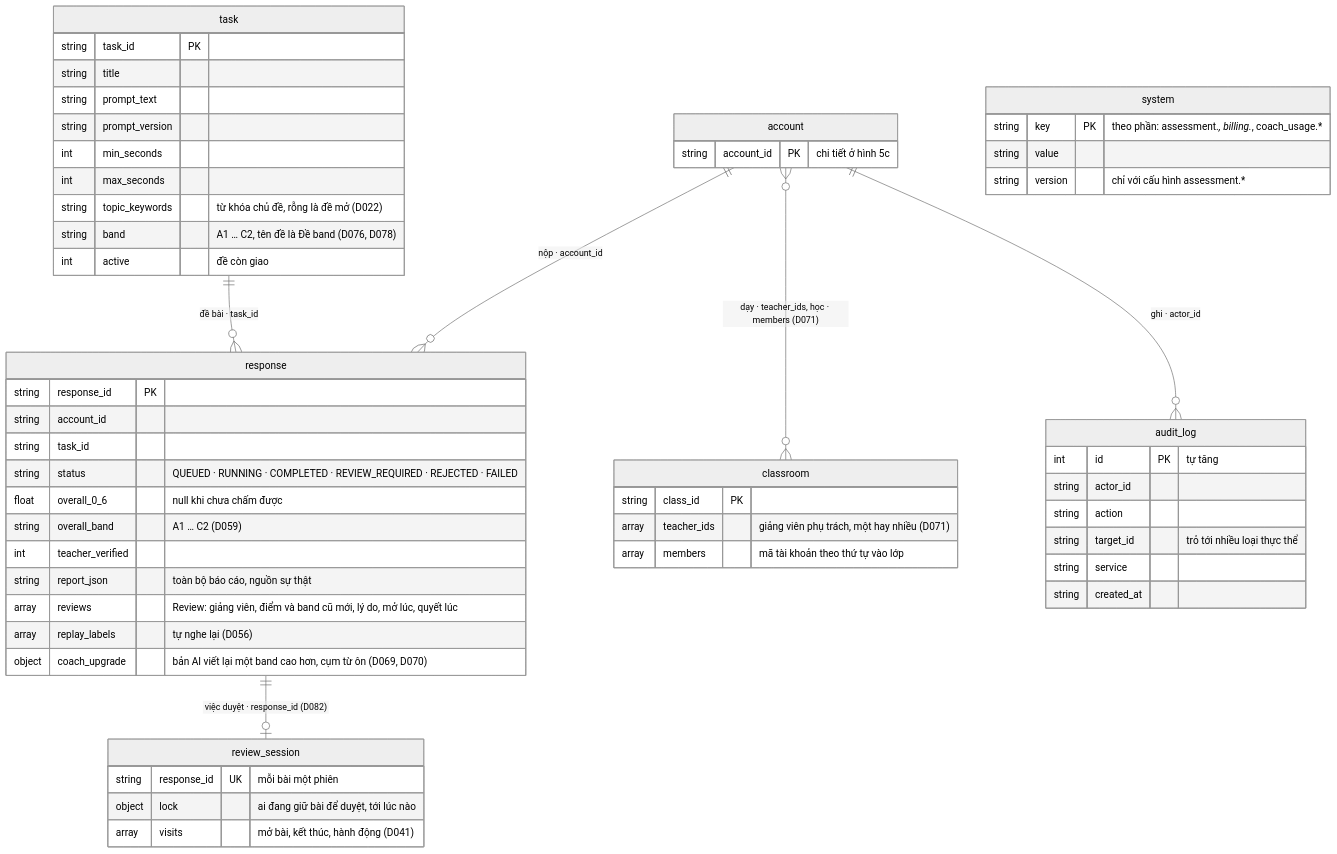
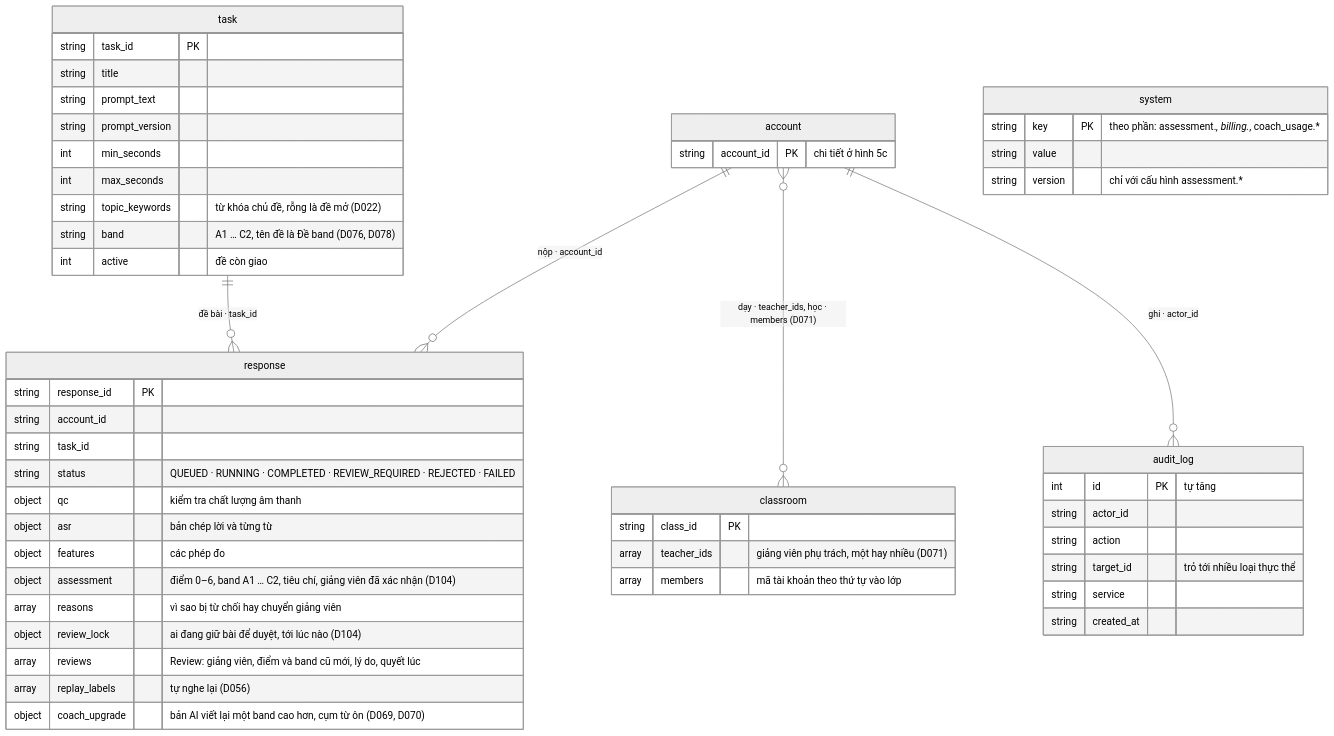
The sixth of 11 diagrams in docs/sdd/SDD.md (ThanhSangLouis/ai-assessor-cefr), drawn with Mermaid (neutral theme) before and after one commit. The commit also changed other lines of this file and 184 other files, not shown here.

````diff
--- a/docs/sdd/SDD.md
+++ b/docs/sdd/SDD.md
@@ -986,70 +986,66 @@
 ```mermaid
 %% SDD - Diagram 05: ERD - phan cham diem va van hanh (MongoDB, database core)
 %% Sau D060 moi aggregate root cua so do lop la mot collection; phan hop thanh
 %% nam trong document cua goc, ghi bang truong kieu mang. Tach ba hinh cho ty le
-%% in A4: hinh 5c ve dinh danh; viec duyet tach thanh review_session (D082).
+%% in A4: hinh 5c ve dinh danh. D104: khoa duyet nam lai trong response, bao cao
+%% la chinh cac truong cua response (khong con chuoi JSON).
 %% Duong lien: tham chieu do ma giu (MongoDB khong ep khoa ngoai).
 erDiagram
     account ||--o{ response : "nộp · account_id"
     task ||--o{ response : "đề bài · task_id"
-    response ||--o| review_session : "việc duyệt · response_id (D082)"
     account }o--o{ classroom : "dạy · teacher_ids, học · members (D071)"
     account ||--o{ audit_log : "ghi · actor_id"
 
     account {
         string account_id PK "chi tiết ở hình 5c"
     }
 
     task {
         string task_id PK
         string title
         string prompt_text
         string prompt_version
         int min_seconds
         int max_seconds
         string topic_keywords "từ khóa chủ đề, rỗng là đề mở (D022)"
         string band "A1 … C2, tên đề là Đề band (D076, D078)"
         int active "đề còn giao"
     }
 
     response {
         string response_id PK
         string account_id
         string task_id
         string status "QUEUED · RUNNING · COMPLETED · REVIEW_REQUIRED · REJECTED · FAILED"
-        float overall_0_6 "null khi chưa chấm được"
-        string overall_band "A1 … C2 (D059)"
-        int teacher_verified
-        string report_json "toàn bộ báo cáo, nguồn sự thật"
-        array reviews "Review: giảng viên, điểm và band cũ mới, lý do, mở lúc, quyết lúc"
+        object qc "kiểm tra chất lượng âm thanh"
+        object asr "bản chép lời và từng từ"
+        object features "các phép đo"
+        object assessment "điểm 0–6, band A1 … C2, tiêu chí, giảng viên đã xác nhận (D104)"
+        array reasons "vì sao bị từ chối hay chuyển giảng viên"
+        object review_lock "ai đang giữ bài để duyệt, tới lúc nào (D104)"
+        array reviews "Review: giảng viên, điểm và band cũ mới, lý do, quyết lúc"
         array replay_labels "tự nghe lại (D056)"
         object coach_upgrade "bản AI viết lại một band cao hơn, cụm từ ôn (D069, D070)"
-    }
-
-    review_session {
-        string response_id UK "mỗi bài một phiên"
-        object lock "ai đang giữ bài để duyệt, tới lúc nào"
-        array visits "mở bài, kết thúc, hành động (D041)"
     }
 
     classroom {
         string class_id PK
         array teacher_ids "giảng viên phụ trách, một hay nhiều (D071)"
         array members "mã tài khoản theo thứ tự vào lớp"
     }
 
     audit_log {
         int id PK "tự tăng"
         string actor_id
         string action
         string target_id "trỏ tới nhiều loại thực thể"
         string service
         string created_at
     }
 
     system {
         string key PK "theo phần: assessment.*, billing.*, coach_usage.*"
         string value
         string version "chỉ với cấu hình assessment.*"
     }
 ```
````
